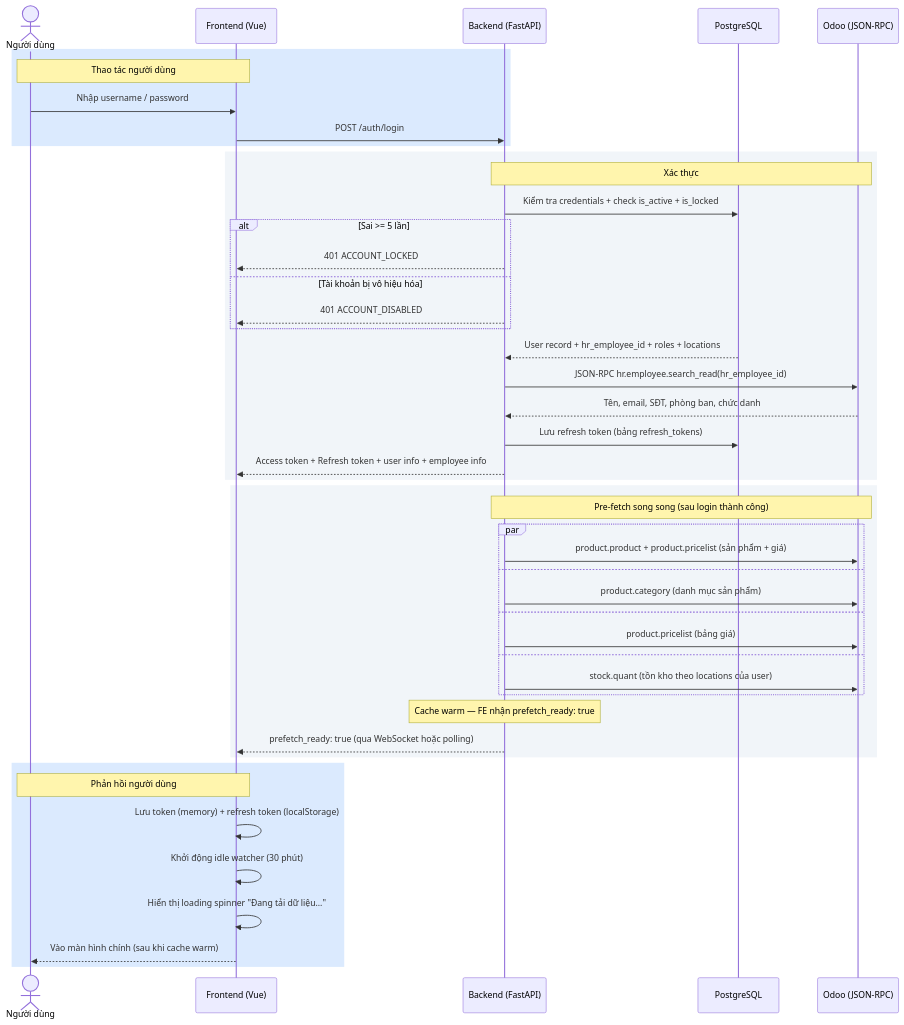
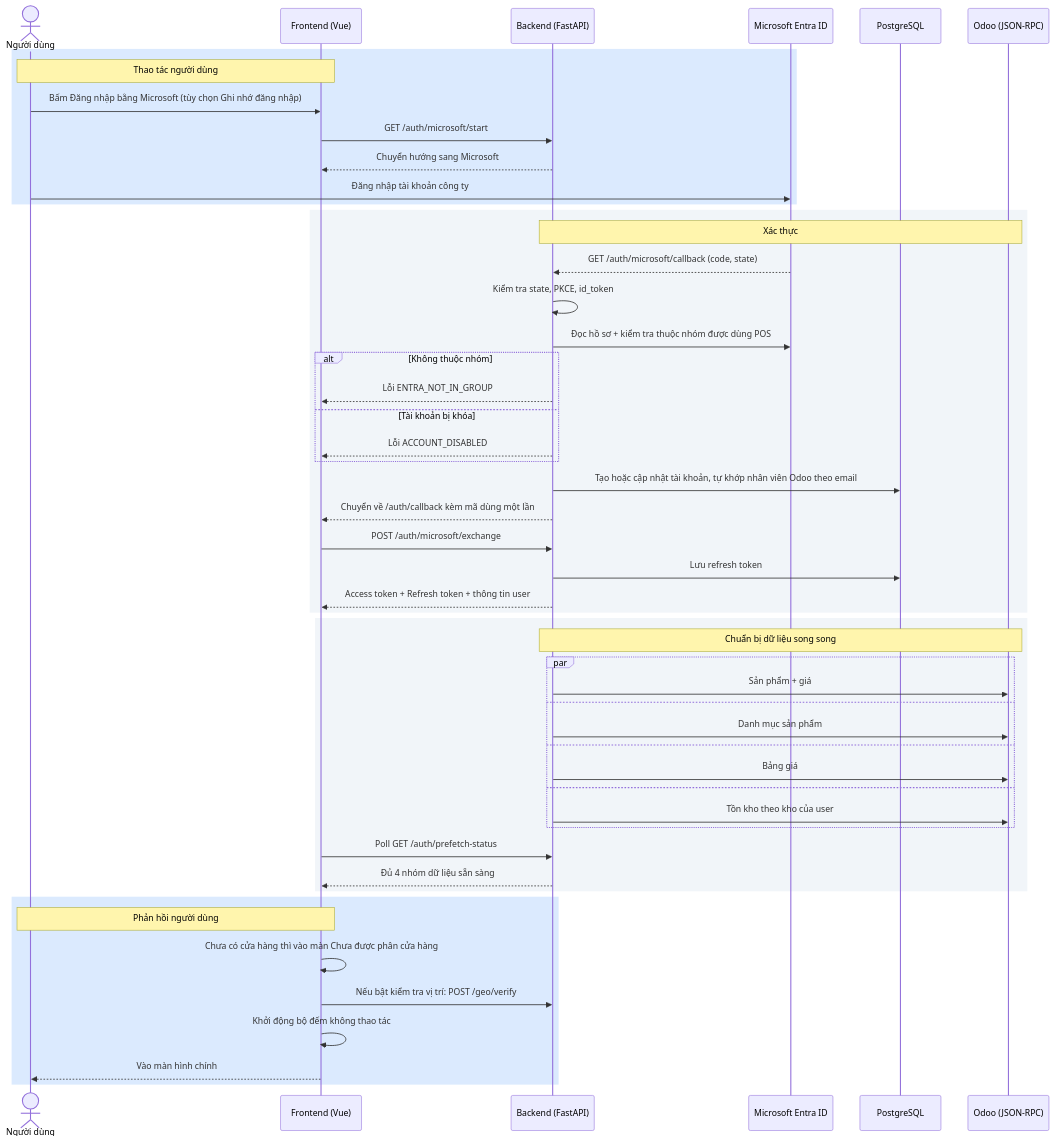
One commit to ngohuuduc/VJ_mobile_POS changed the tenth of 20 diagrams in process_flow.md. Above: the diagram before and after it, drawn with Mermaid. The commit also changed other lines of this file and 1 other file, not shown here.

First line of the commit message:
docs: process_flow.md + scope.md khớp code hiện tại (đăng nhập Microsoft, VietQR/COD, Chờ giao & Nháp, khách ký, đổi hàng, Tiền đã chuyển)

````diff
--- a/process_flow.md
+++ b/process_flow.md
@@ -537,49 +616,54 @@
 ```mermaid
 sequenceDiagram
     actor User as Người dùng
     participant FE as Frontend (Vue)
     participant BE as Backend (FastAPI)
+    participant MS as Microsoft Entra ID
     participant DB as PostgreSQL
     participant Odoo as Odoo (JSON-RPC)
 
     rect rgb(219, 234, 254)
         Note over User,FE: Thao tác người dùng
-        User->>FE: Nhập username / password
-        FE->>BE: POST /auth/login
+        User->>FE: Bấm Đăng nhập bằng Microsoft (tùy chọn Ghi nhớ đăng nhập)
+        FE->>BE: GET /auth/microsoft/start
+        BE-->>FE: Chuyển hướng sang Microsoft
+        User->>MS: Đăng nhập tài khoản công ty
     end
     rect rgb(241, 245, 249)
         Note over BE,Odoo: Xác thực
-        BE->>DB: Kiểm tra credentials + check is_active + is_locked
-        alt Sai >= 5 lần
-            BE-->>FE: 401 ACCOUNT_LOCKED
-        else Tài khoản bị vô hiệu hóa
-            BE-->>FE: 401 ACCOUNT_DISABLED
+        MS-->>BE: GET /auth/microsoft/callback (code, state)
+        BE->>BE: Kiểm tra state, PKCE, id_token
+        BE->>MS: Đọc hồ sơ + kiểm tra thuộc nhóm được dùng POS
+        alt Không thuộc nhóm
+            BE-->>FE: Lỗi ENTRA_NOT_IN_GROUP
+        else Tài khoản bị khóa
+            BE-->>FE: Lỗi ACCOUNT_DISABLED
         end
-        DB-->>BE: User record + hr_employee_id + roles + locations
-        BE->>Odoo: JSON-RPC hr.employee.search_read(hr_employee_id)
-        Odoo-->>BE: Tên, email, SĐT, phòng ban, chức danh
-        BE->>DB: Lưu refresh token (bảng refresh_tokens)
-        BE-->>FE: Access token + Refresh token + user info + employee info
+        BE->>DB: Tạo hoặc cập nhật tài khoản, tự khớp nhân viên Odoo theo email
+        BE-->>FE: Chuyển về /auth/callback kèm mã dùng một lần
+        FE->>BE: POST /auth/microsoft/exchange
+        BE->>DB: Lưu refresh token
+        BE-->>FE: Access token + Refresh token + thông tin user
     end
     rect rgb(241, 245, 249)
-        Note over BE,Odoo: Pre-fetch song song (sau login thành công)
+        Note over BE,Odoo: Chuẩn bị dữ liệu song song
         par
-            BE->>Odoo: product.product + product.pricelist (sản phẩm + giá)
+            BE->>Odoo: Sản phẩm + giá
         and
-            BE->>Odoo: product.category (danh mục sản phẩm)
+            BE->>Odoo: Danh mục sản phẩm
         and
-            BE->>Odoo: product.pricelist (bảng giá)
+            BE->>Odoo: Bảng giá
         and
-            BE->>Odoo: stock.quant (tồn kho theo locations của user)
+            BE->>Odoo: Tồn kho theo kho của user
         end
-        Note over BE: Cache warm — FE nhận prefetch_ready: true
-        BE-->>FE: prefetch_ready: true (qua WebSocket hoặc polling)
+        FE->>BE: Poll GET /auth/prefetch-status
+        BE-->>FE: Đủ 4 nhóm dữ liệu sẵn sàng
     end
     rect rgb(219, 234, 254)
         Note over FE,User: Phản hồi người dùng
-        FE->>FE: Lưu token (memory) + refresh token (localStorage)
-        FE->>FE: Khởi động idle watcher (30 phút)
-        FE->>FE: Hiển thị loading spinner "Đang tải dữ liệu..."
-        FE-->>User: Vào màn hình chính (sau khi cache warm)
+        FE->>FE: Chưa có cửa hàng thì vào màn Chưa được phân cửa hàng
+        FE->>BE: Nếu bật kiểm tra vị trí: POST /geo/verify
+        FE->>FE: Khởi động bộ đếm không thao tác
+        FE-->>User: Vào màn hình chính
     end
 ```
````
